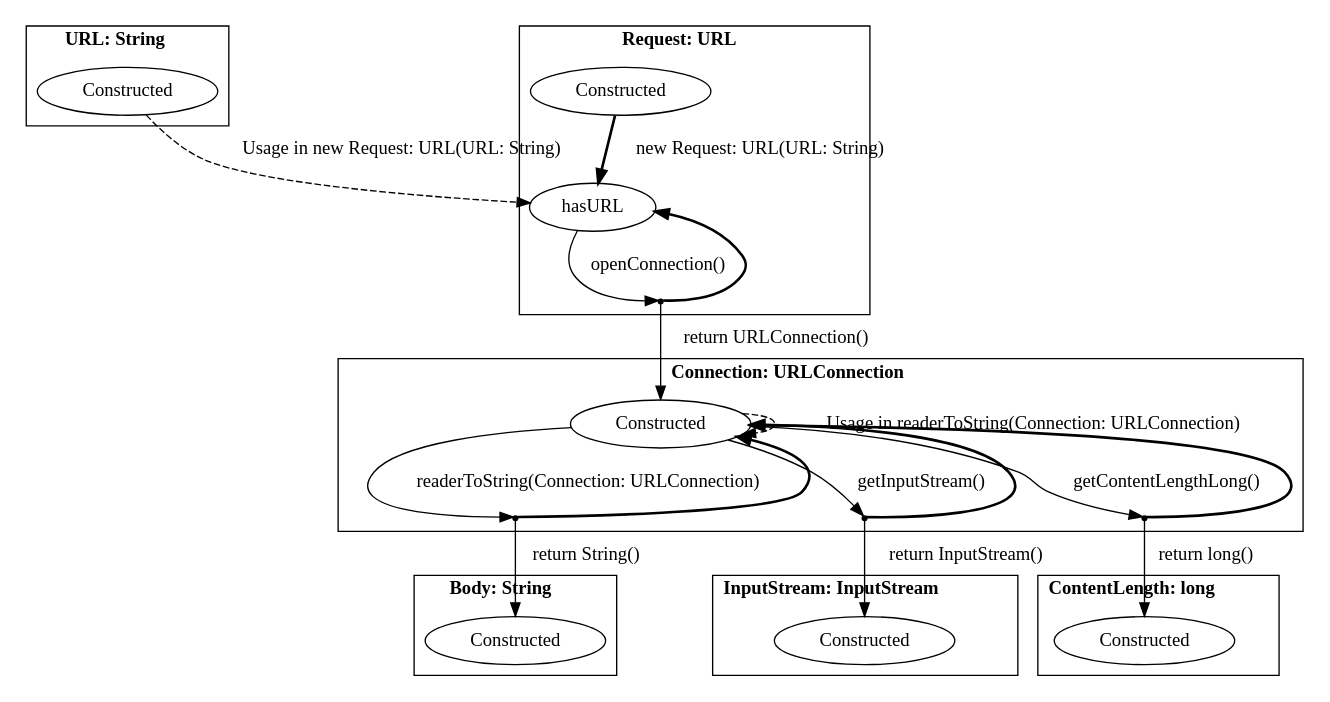
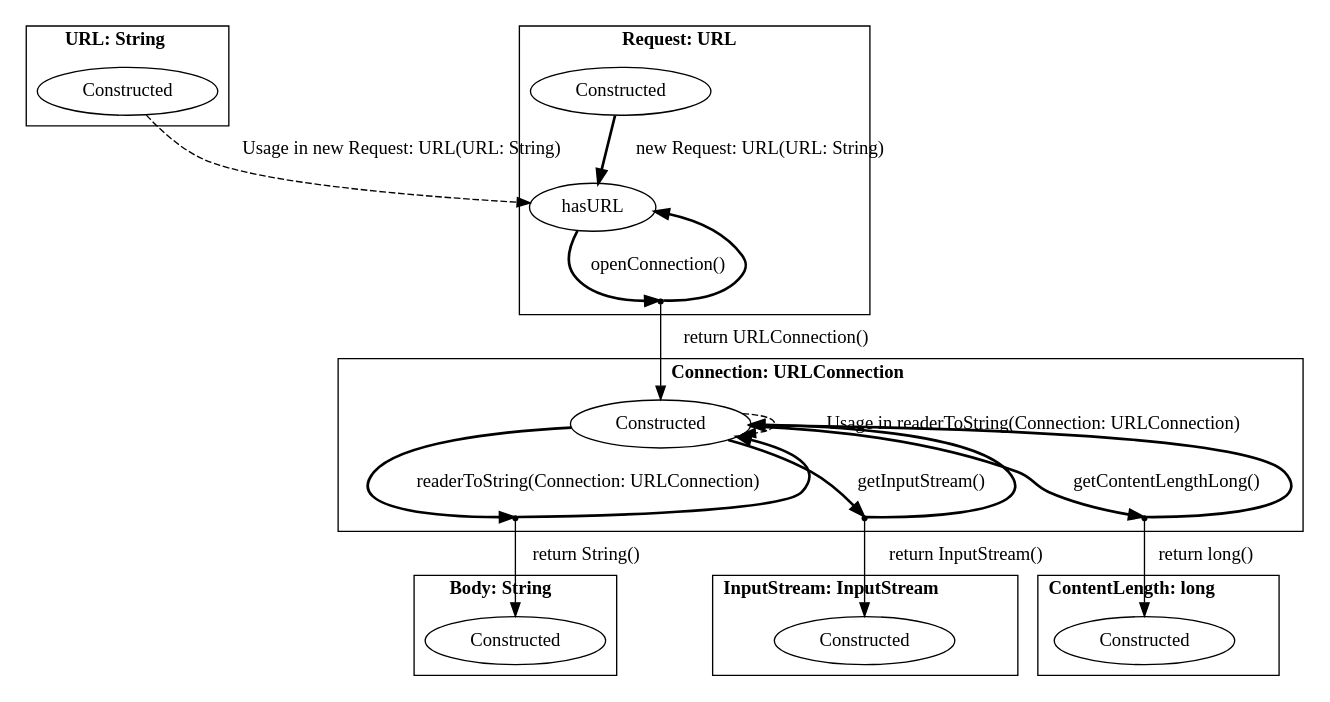
One commit to h31/LibraryMigration changed the diagram in java.dot. Above: the diagram before and after it, drawn with Graphviz. The commit also changed 5 other files, not shown here.

Commit message:
Update graph visualization, upgrade Kotlin

```diff
--- a/java.dot
+++ b/java.dot
@@ -1,46 +1,46 @@
 digraph G {
     subgraph cluster0 {
     label = <<B>URL: String</B>>;
         Constructed_URL [ label="Constructed" ];
     }
     subgraph cluster1 {
     label = <<B>Request: URL</B>>;
         Constructed_Request [ label="Constructed" ];
         hasURL_Request [ label="hasURL" ];
         virtual0 [ shape = point ];
     }
     subgraph cluster2 {
     label = <<B>Connection: URLConnection</B>>;
         Constructed_Connection [ label="Constructed" ];
         virtual1 [ shape = point ];
         virtual2 [ shape = point ];
         virtual3 [ shape = point ];
     }
     subgraph cluster3 {
     label = <<B>Body: String</B>>;
         Constructed_Body [ label="Constructed" ];
     }
     subgraph cluster4 {
     label = <<B>InputStream: InputStream</B>>;
         Constructed_InputStream [ label="Constructed" ];
     }
     subgraph cluster5 {
     label = <<B>ContentLength: long</B>>;
         Constructed_ContentLength [ label="Constructed" ];
     }
         Constructed_URL -> hasURL_Request [ label="Usage in new Request: URL(URL: String)", style = "dashed"  ];
         Constructed_Request -> hasURL_Request [ label="new Request: URL(URL: String)", style = "bold"  ];
-        hasURL_Request -> virtual0 [ label="openConnection()"  ];
+        hasURL_Request -> virtual0 [ style = "bold" label="openConnection()"  ];
         virtual0 -> hasURL_Request [ style = "bold"  ];
         virtual0 -> Constructed_Connection [ label="return URLConnection()"  ];
-        Constructed_Connection -> virtual1 [ label="readerToString(Connection: URLConnection)"  ];
+        Constructed_Connection -> virtual1 [ style = "bold" label="readerToString(Connection: URLConnection)"  ];
         virtual1 -> Constructed_Connection [ style = "bold"  ];
         virtual1 -> Constructed_Body [ label="return String()"  ];
         Constructed_Connection -> Constructed_Connection [ label="Usage in readerToString(Connection: URLConnection)", style = "dashed"  ];
-        Constructed_Connection -> virtual2 [ label="getInputStream()"  ];
+        Constructed_Connection -> virtual2 [ style = "bold" label="getInputStream()"  ];
         virtual2 -> Constructed_Connection [ style = "bold"  ];
         virtual2 -> Constructed_InputStream [ label="return InputStream()"  ];
-        Constructed_Connection -> virtual3 [ label="getContentLengthLong()"  ];
+        Constructed_Connection -> virtual3 [ style = "bold" label="getContentLengthLong()"  ];
         virtual3 -> Constructed_Connection [ style = "bold"  ];
         virtual3 -> Constructed_ContentLength [ label="return long()"  ];
 }
```
